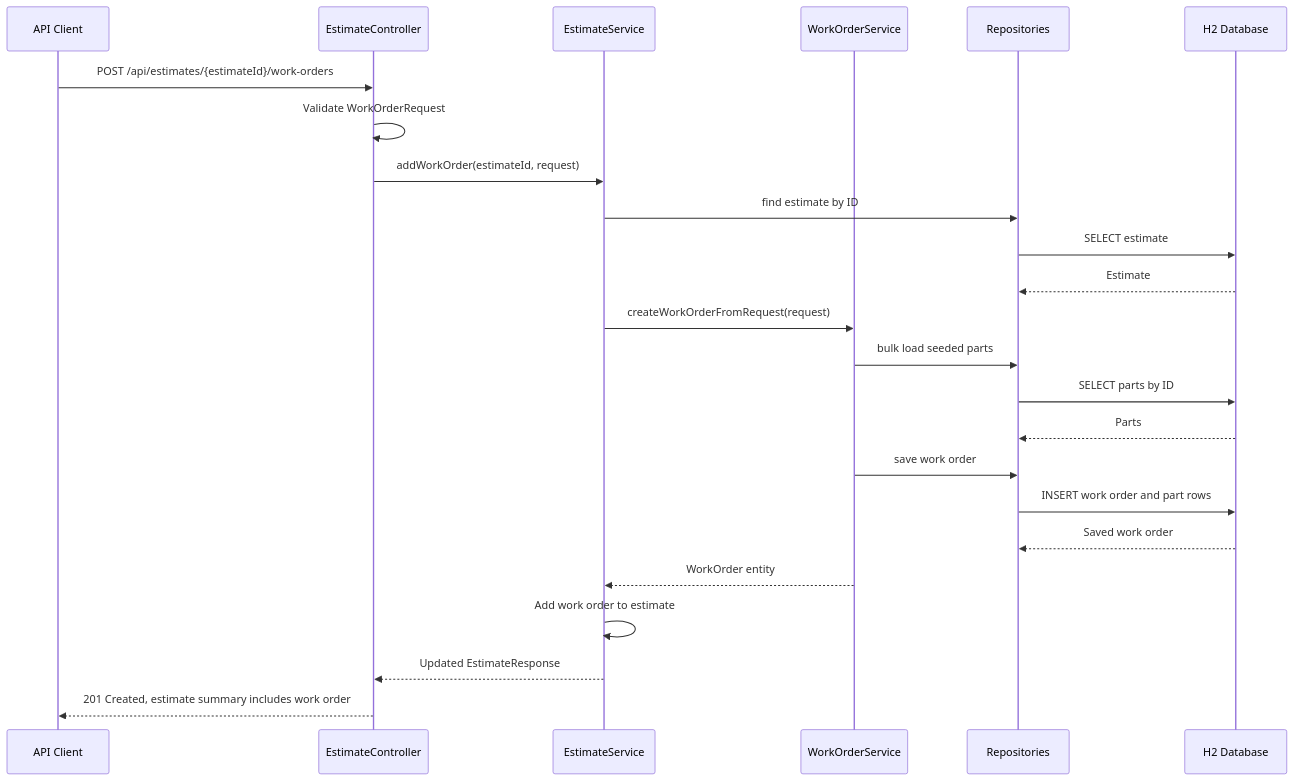
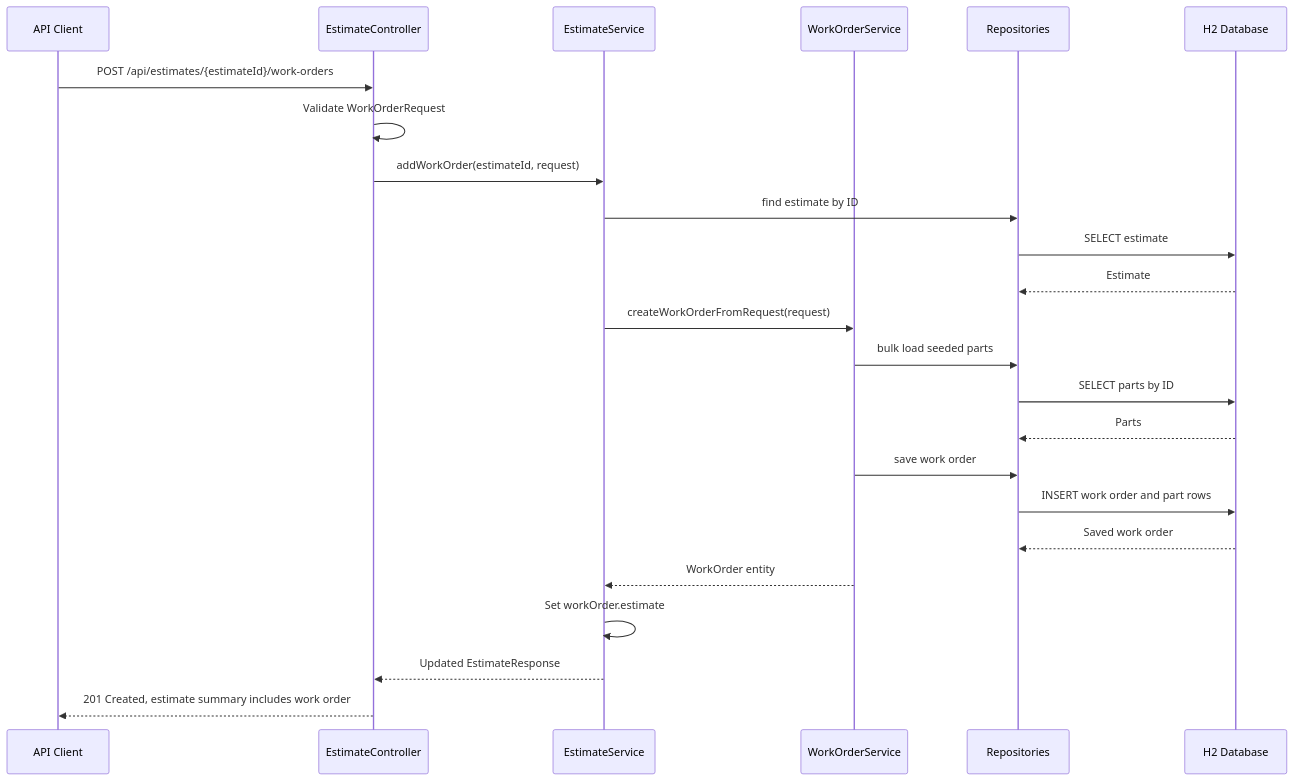
Before and after one commit to Tekmetric/interview: the third of 4 diagrams in backend/README.md, drawn with Mermaid. The commit also changed other lines of this file and 17 other files, not shown here.

````diff
--- a/backend/README.md
+++ b/backend/README.md
@@ -205,27 +171,27 @@
 ```mermaid
 sequenceDiagram
     participant Client as API Client
     participant Controller as EstimateController
     participant EstimateService as EstimateService
     participant WorkOrderService as WorkOrderService
     participant Repositories as Repositories
     participant Database as H2 Database
 
     Client->>Controller: POST /api/estimates/{estimateId}/work-orders
     Controller->>Controller: Validate WorkOrderRequest
     Controller->>EstimateService: addWorkOrder(estimateId, request)
     EstimateService->>Repositories: find estimate by ID
     Repositories->>Database: SELECT estimate
     Database-->>Repositories: Estimate
     EstimateService->>WorkOrderService: createWorkOrderFromRequest(request)
     WorkOrderService->>Repositories: bulk load seeded parts
     Repositories->>Database: SELECT parts by ID
     Database-->>Repositories: Parts
     WorkOrderService->>Repositories: save work order
     Repositories->>Database: INSERT work order and part rows
     Database-->>Repositories: Saved work order
     WorkOrderService-->>EstimateService: WorkOrder entity
-    EstimateService->>EstimateService: Add work order to estimate
+    EstimateService->>EstimateService: Set workOrder.estimate
     EstimateService-->>Controller: Updated EstimateResponse
     Controller-->>Client: 201 Created, estimate summary includes work order
 ```
````
